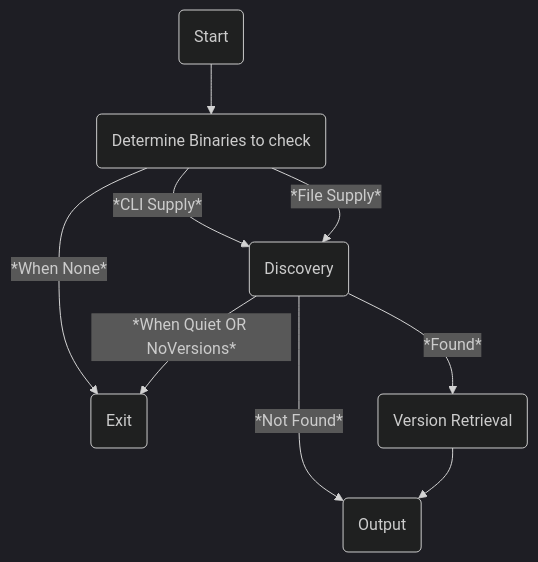
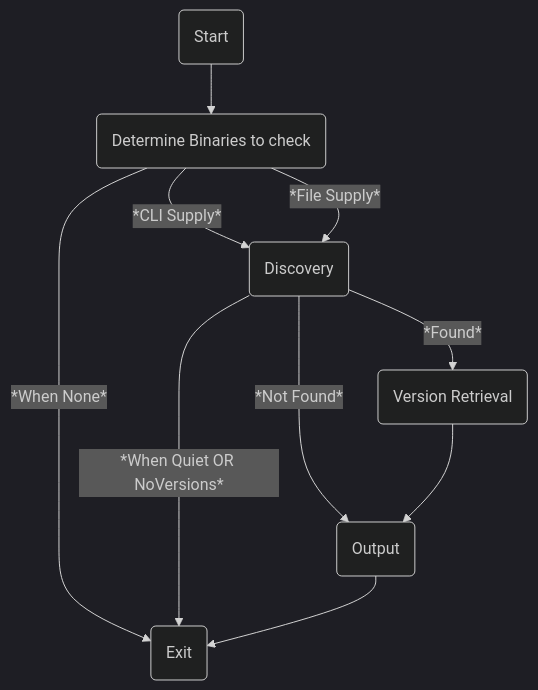
One commit to NQMVD/needs changed the diagram in README.md. Above: the diagram before and after it, drawn with Mermaid (dark theme). The commit also changed other lines of this file, not shown here.

````diff
--- a/README.md
+++ b/README.md
@@ -118,14 +128,15 @@
 ```mermaid
 flowchart TD
     C(Discovery)
     E(Output)
     F(Exit)
     A(Start) --> B(Determine Binaries to check)
     B -->|*CLI Supply*| C
     B -->|*File Supply*| C
     B -->|*When None*| F
     C -->|*Found*| D(Version Retrieval)
     C -->|*Not Found*| E
+    C -->|*When Quiet OR NoVersions*| F
     D --> E
-    C -->|*When Quiet OR NoVersions*| F
+    E --> F
 ```
````
